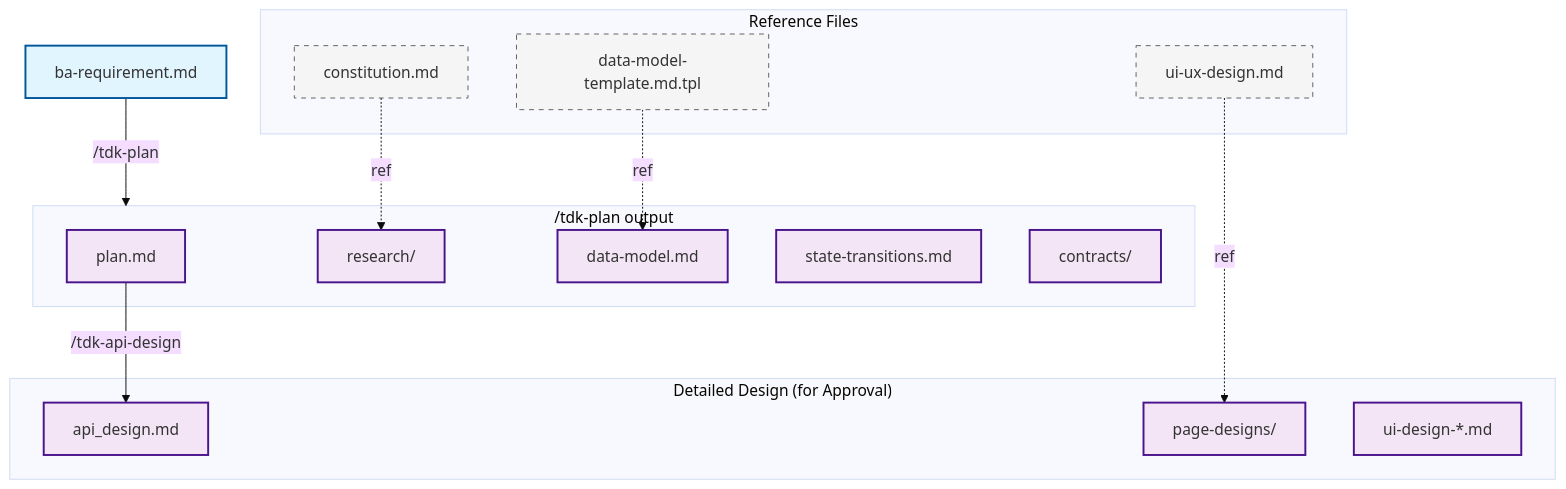
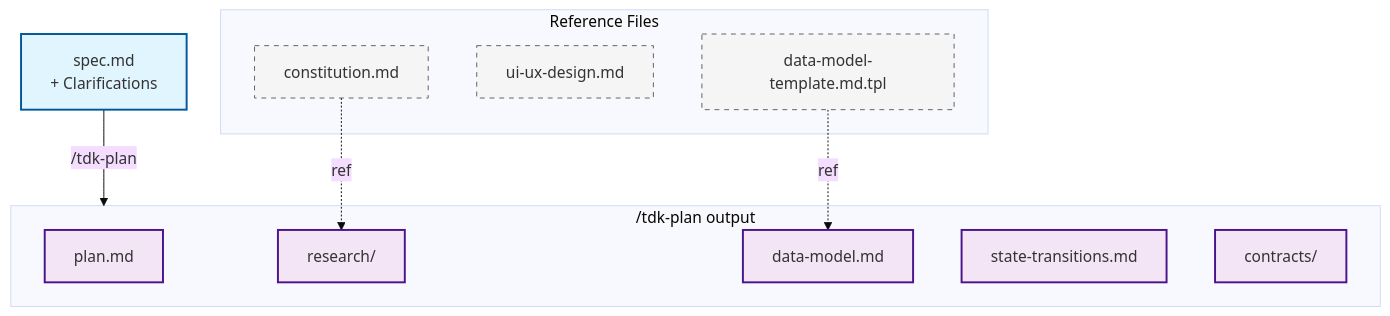
Before and after one commit to vinhltt/tdk: the third of 8 diagrams in .specify/docs/en/guides/document-flow.md, drawn with Mermaid (base theme). The commit also changed other lines of this file and 35 other files, not shown here.

````diff
--- a/.specify/docs/en/guides/document-flow.md
+++ b/.specify/docs/en/guides/document-flow.md
@@ -164,40 +149,31 @@
 ```mermaid
 flowchart TD
-    BA_REQ[ba-requirement.md]
+    SPEC_CLAR[spec.md<br/>+ Clarifications]
 
     subgraph REFERENCES[Reference Files]
         CONST[constitution.md]
         UIUX[ui-ux-design.md]
         REF_DM[data-model-template.md.tpl]
     end
 
     subgraph PLAN_OUTPUT["/tdk-plan output"]
         PLAN[plan.md]
         RESEARCH[research/]
         DATAMODEL[data-model.md]
         STATE[state-transitions.md]
         CONTRACTS[contracts/]
     end
 
-    subgraph DETAILED_DESIGN["Detailed Design (for Approval)"]
-        API_DESIGN[api_design.md]
-        PAGEDESIGNS[page-designs/]
-        UI_DESIGN[ui-design-*.md]
-    end
-
-    BA_REQ -->|/tdk-plan| PLAN_OUTPUT
-    PLAN -->|/tdk-api-design| API_DESIGN
+    SPEC_CLAR -->|/tdk-plan| PLAN_OUTPUT
 
     CONST -.->|ref| RESEARCH
-    UIUX -.->|ref| PAGEDESIGNS
     REF_DM -.->|ref| DATAMODEL
 
     classDef input fill:#e1f5ff,stroke:#01579b,stroke-width:2px
     classDef output fill:#f3e5f5,stroke:#4a148c,stroke-width:2px
     classDef reference fill:#f5f5f5,stroke:#616161,stroke-width:1px,stroke-dasharray: 5 5
 
-    class BA_REQ input
+    class SPEC_CLAR input
     class PLAN,RESEARCH,DATAMODEL,STATE,CONTRACTS output
-    class API_DESIGN,UI_DESIGN,PAGEDESIGNS output
     class CONST,UIUX,REF_DM reference
 ```
````
